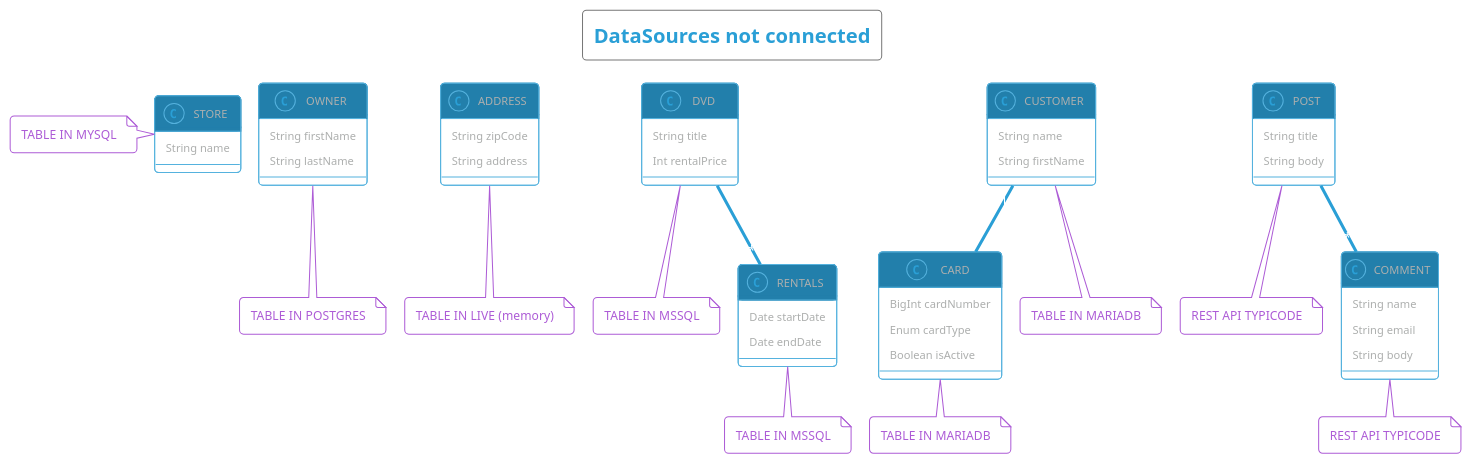
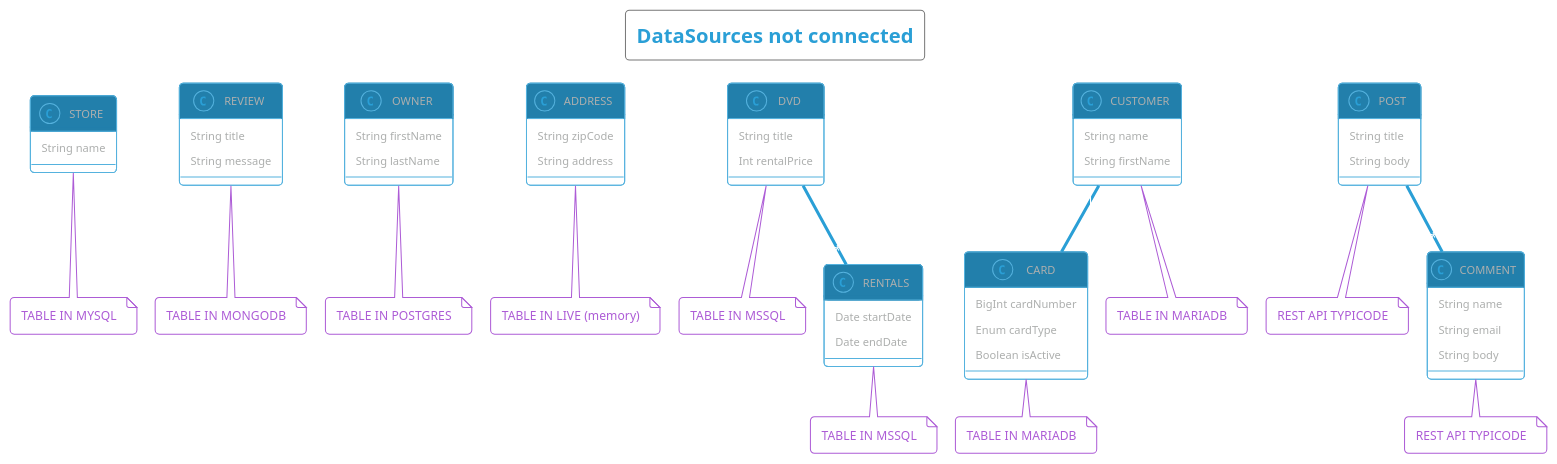
One commit to ForestAdmin/agent-nodejs changed the diagram in packages/_example/datasources.puml. Above: the diagram before and after it, drawn with PlantUML. The commit also changed 8 other files, not shown here.

```diff
--- a/packages/_example/datasources.puml
+++ b/packages/_example/datasources.puml
@@ -1,71 +1,78 @@
 @startuml
 !pragma layout smetana
 !theme cyborg-outline
 
 title: DataSources not connected
 
 class STORE {
   String name
 }
 class STORE
-note left: TABLE IN MYSQL
+note bottom: TABLE IN MYSQL
+
+class REVIEW {
+  String title
+  String message
+}
+class REVIEW
+note bottom: TABLE IN MONGODB
 
 class OWNER {
   String firstName
   String lastName
 }
 class OWNER
 note bottom: TABLE IN POSTGRES
 
 class ADDRESS {
   String zipCode
   String address
 }
 class ADDRESS
 note bottom: TABLE IN LIVE (memory)
 
 class DVD {
   String title
   Int rentalPrice
 }
 class DVD
 note bottom: TABLE IN MSSQL
 
 class RENTALS {
   Date startDate
   Date endDate
 }
 class RENTALS
 note bottom: TABLE IN MSSQL
 
 class CARD {
   BigInt cardNumber
   Enum cardType
   Boolean isActive
 }
 note bottom: TABLE IN MARIADB
 
 class CUSTOMER {
   String name
   String firstName
 }
 note bottom: TABLE IN MARIADB
 
 class POST {
   String title
   String body
 }
 note bottom: REST API TYPICODE
 
 class COMMENT {
   String name
   String email
   String body
 }
 note bottom: REST API TYPICODE
 
 POST "1" -- "*" COMMENT : has
 DVD "*" -- "*" RENTALS : has
 CUSTOMER "1" -- "*" CARD : has
 
 @enduml
```
